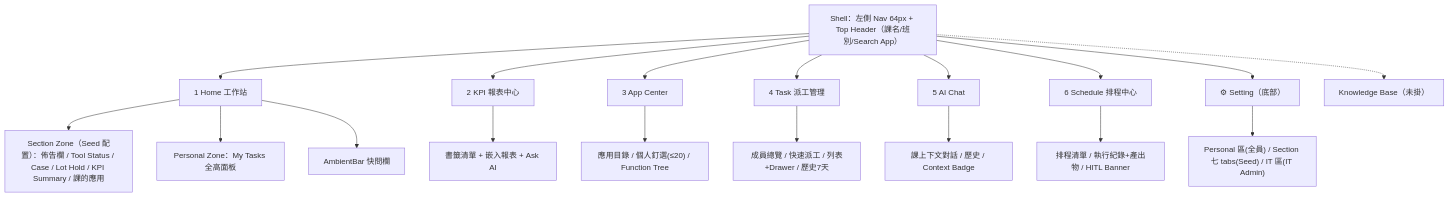
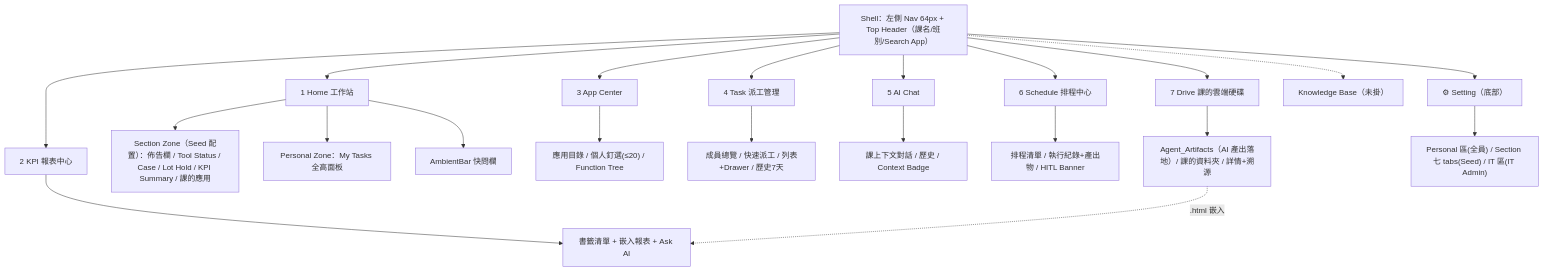
One commit to johnny-ho/Agent-Portal changed the diagram in brain/entities/sitemap.md. Above: the diagram before and after it, drawn with Mermaid. The commit also changed other lines of this file and 13 other files, not shown here.

First line of the commit message:
feat(drive): 新增 Drive 課級雲端硬碟，並把 .html 產出接進 KPI 報表中心

````diff
--- a/brain/entities/sitemap.md
+++ b/brain/entities/sitemap.md
@@ -15,22 +15,25 @@
 ```mermaid
 flowchart TD
     Shell["Shell：左側 Nav 64px + Top Header（課名/班別/Search App）"]
     Shell --> H["1 Home 工作站"]
     Shell --> K["2 KPI 報表中心"]
     Shell --> A["3 App Center"]
     Shell --> T["4 Task 派工管理"]
     Shell --> AI["5 AI Chat"]
     Shell --> S["6 Schedule 排程中心"]
+    Shell --> D["7 Drive 課的雲端硬碟"]
     Shell --> ST["⚙ Setting（底部）"]
     Shell -.-> KB["Knowledge Base（未掛）"]
 
     H --> H1["Section Zone（Seed 配置）：佈告欄 / Tool Status / Case / Lot Hold / KPI Summary / 課的應用"]
     H --> H2["Personal Zone：My Tasks 全高面板"]
     H --> H3["AmbientBar 快問欄"]
     K --> K1["書籤清單 + 嵌入報表 + Ask AI"]
     A --> A1["應用目錄 / 個人釘選(≤20) / Function Tree"]
     T --> T1["成員總覽 / 快速派工 / 列表+Drawer / 歷史7天"]
     AI --> AI1["課上下文對話 / 歷史 / Context Badge"]
     S --> S1["排程清單 / 執行紀錄+產出物 / HITL Banner"]
+    D --> D1["Agent_Artifacts（AI 產出落地）/ 課的資料夾 / 詳情+溯源"]
+    D1 -. ".html 嵌入" .-> K1
     ST --> ST1["Personal 區(全員) / Section 七 tabs(Seed) / IT 區(IT Admin)"]
 ```
````
